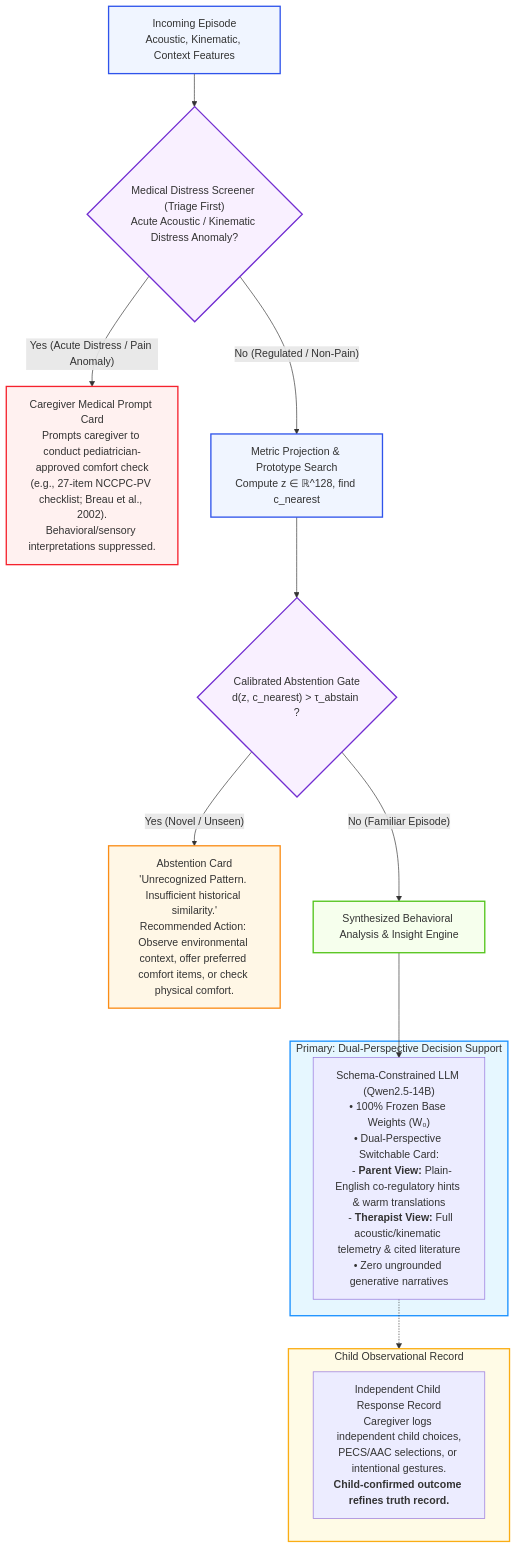
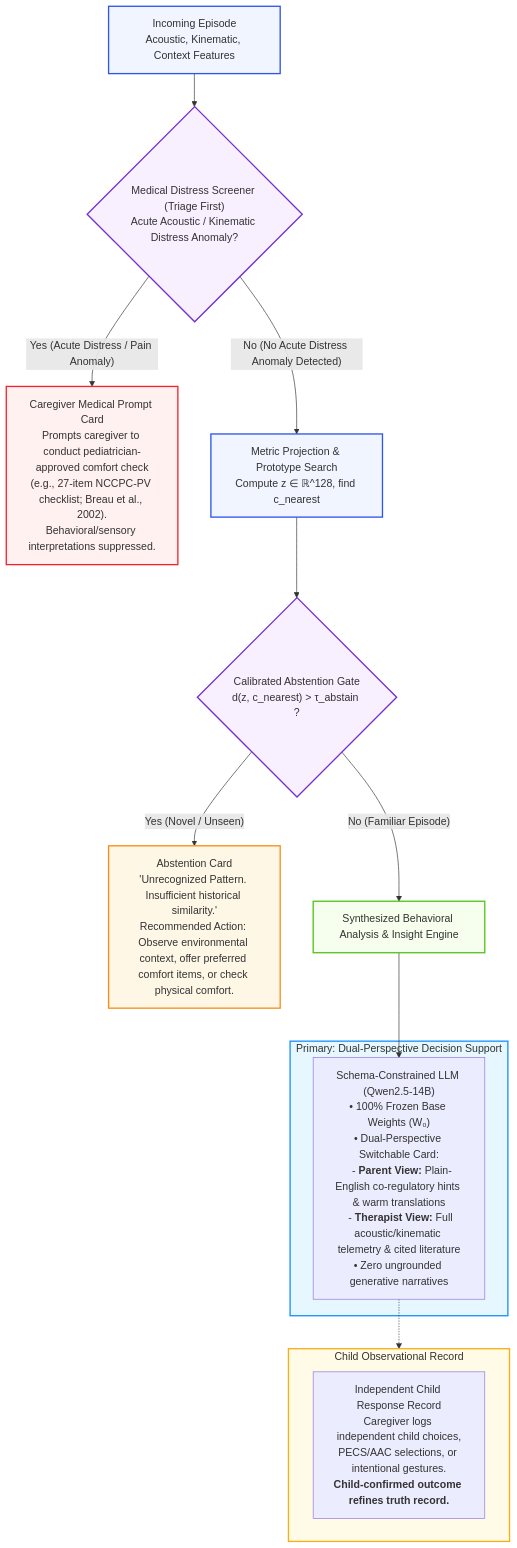
The sixth of 8 diagrams in DESIGN.md (olostan/project_n), drawn with Mermaid before and after one commit. The commit also changed other lines of this file and 10 other files, not shown here.

````diff
--- a/DESIGN.md
+++ b/DESIGN.md
@@ -200,35 +200,35 @@
 ```mermaid
 graph TD
     Query["Incoming Episode<br/>Acoustic, Kinematic, Context Features"] --> Gate1{"Medical Distress Screener (Triage First)<br/>Acute Acoustic / Kinematic Distress Anomaly?"}
 
     Gate1 -- "Yes (Acute Distress / Pain Anomaly)" --> MedicalCard["Caregiver Medical Prompt Card<br/>Prompts caregiver to conduct pediatrician-approved comfort check<br/>(e.g., 27-item NCCPC-PV checklist; Breau et al., 2002).<br/>Behavioral/sensory interpretations suppressed."]
 
-    Gate1 -- "No (Regulated / Non-Pain)" --> Embed["Metric Projection & Prototype Search<br/>Compute z ∈ ℝ^128, find c_nearest"]
+    Gate1 -- "No (No Acute Distress Anomaly Detected)" --> Embed["Metric Projection & Prototype Search<br/>Compute z ∈ ℝ^128, find c_nearest"]
 
     Embed --> Gate2{"Calibrated Abstention Gate<br/>d(z, c_nearest) > τ_abstain ?"}
 
     Gate2 -- "Yes (Novel / Unseen)" --> AbstainCard["Abstention Card<br/>'Unrecognized Pattern. Insufficient historical similarity.'<br/>Recommended Action: Observe environmental context, offer preferred comfort items, or check physical comfort."]
 
     Gate2 -- "No (Familiar Episode)" --> InsightSynthesis["Synthesized Behavioral Analysis & Insight Engine"]
 
     subgraph CaregiverPathway ["Primary: Dual-Perspective Decision Support"]
         LLM["Schema-Constrained LLM (Qwen2.5-14B)<br/>• 100% Frozen Base Weights (W₀)<br/>• Dual-Perspective Switchable Card:<br/>  - <b>Parent View:</b> Plain-English co-regulatory hints & warm translations<br/>  - <b>Therapist View:</b> Full acoustic/kinematic telemetry & cited literature<br/>• Zero ungrounded generative narratives"]
     end
 
     subgraph ChildAgency ["Child Observational Record"]
         ChildAgencyBox["Independent Child Response Record<br/>Caregiver logs independent child choices,<br/>PECS/AAC selections, or intentional gestures.<br/><b>Child-confirmed outcome refines truth record.</b>"]
     end
 
     InsightSynthesis --> LLM
     LLM -.-> ChildAgency
 
     style Query fill:#f0f5ff,stroke:#2f54eb,stroke-width:2px
     style Gate1 fill:#f9f0ff,stroke:#722ed1,stroke-width:2px
     style Gate2 fill:#f9f0ff,stroke:#722ed1,stroke-width:2px
     style Embed fill:#f0f5ff,stroke:#2f54eb,stroke-width:2px
     style AbstainCard fill:#fff7e6,stroke:#fa8c16,stroke-width:2px
     style MedicalCard fill:#fff1f0,stroke:#f5222d,stroke-width:2px
     style InsightSynthesis fill:#f6ffed,stroke:#52c41a,stroke-width:2px
     style CaregiverPathway fill:#e6f7ff,stroke:#1890ff,stroke-width:2px
     style ChildAgency fill:#fffbe6,stroke:#faad14,stroke-width:2px
 ```
````
